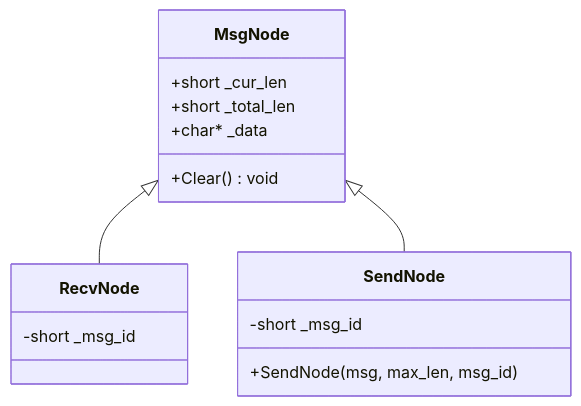
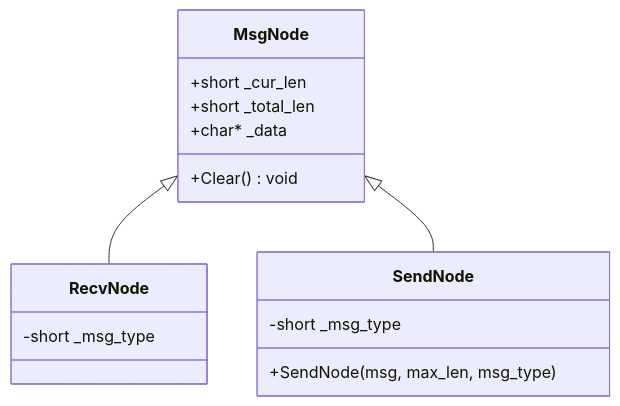
Before and after one commit to echo9923/mychatter: the third of 8 diagrams in .qoder/repowiki/zh/content/服务端开发/ChatServer聊天核心服务/会话管理/消息处理机制.md, drawn with Mermaid. The commit also changed other lines of this file and 128 other files, not shown here.

First line of the commit message:
refactor(protocol): TCP 帧头消息类型 msg_id 全局改名为 msg_type

````diff
--- a/.qoder/repowiki/zh/content/服务端开发/ChatServer聊天核心服务/会话管理/消息处理机制.md
+++ b/.qoder/repowiki/zh/content/服务端开发/ChatServer聊天核心服务/会话管理/消息处理机制.md
@@ -178,18 +178,18 @@
 ```mermaid
 classDiagram
 class MsgNode {
 +short _cur_len
 +short _total_len
 +char* _data
 +Clear() void
 }
 class RecvNode {
--short _msg_id
+-short _msg_type
 }
 class SendNode {
--short _msg_id
-+SendNode(msg, max_len, msg_id)
+-short _msg_type
++SendNode(msg, max_len, msg_type)
 }
 MsgNode <|-- RecvNode
 MsgNode <|-- SendNode
 ```
````
